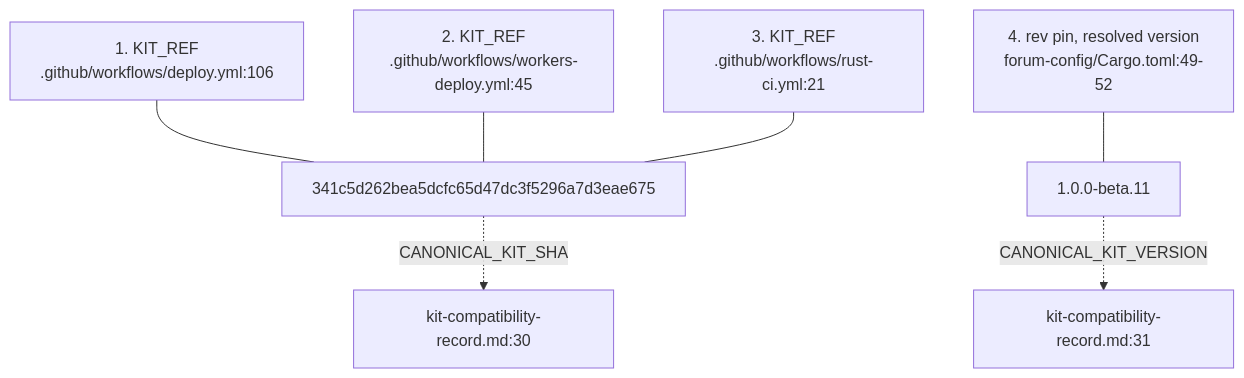
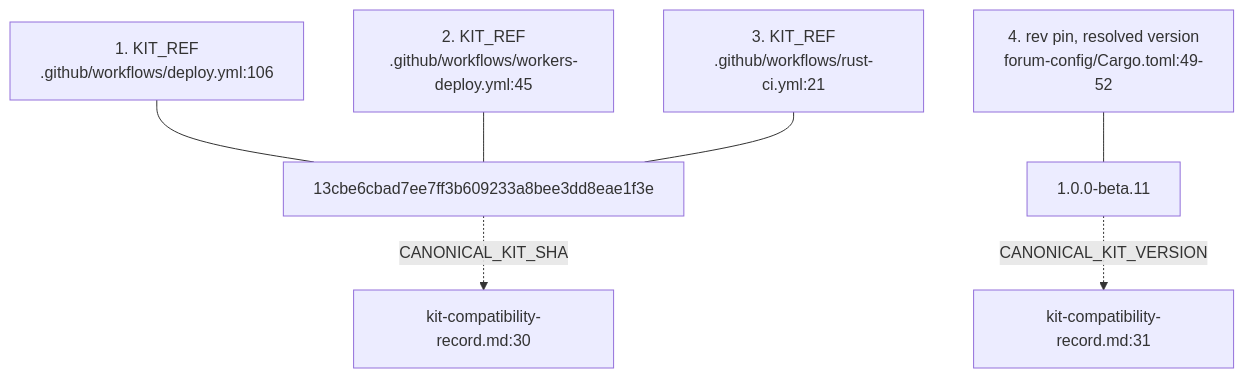
One commit to DreamLab-AI/VisionFlow changed the fourth of 7 diagrams in docs/diagrams/dreamlab-ai-website/01-repo-composition-and-deploy-topology.md. Above: the diagram before and after it, drawn with Mermaid. The commit also changed other lines of this file and 31 other files, not shown here.

````diff
--- a/docs/diagrams/dreamlab-ai-website/01-repo-composition-and-deploy-topology.md
+++ b/docs/diagrams/dreamlab-ai-website/01-repo-composition-and-deploy-topology.md
@@ -63,9 +63,9 @@
 ```mermaid
 flowchart TB
-    A["1. KIT_REF<br/>.github/workflows/deploy.yml:106"] --- SHA["341c5d262bea5dcfc65d47dc3f5296a7d3eae675"]
+    A["1. KIT_REF<br/>.github/workflows/deploy.yml:106"] --- SHA["13cbe6cbad7ee7ff3b609233a8bee3dd8eae1f3e"]
     B["2. KIT_REF<br/>.github/workflows/workers-deploy.yml:45"] --- SHA
     C["3. KIT_REF<br/>.github/workflows/rust-ci.yml:21"] --- SHA
     D["4. rev pin, resolved version<br/>forum-config/Cargo.toml:49-52"] --- VER["1.0.0-beta.11"]
     SHA -.->|"CANONICAL_KIT_SHA"| REC["kit-compatibility-record.md:30"]
     VER -.->|"CANONICAL_KIT_VERSION"| REC2["kit-compatibility-record.md:31"]
 ```
````
